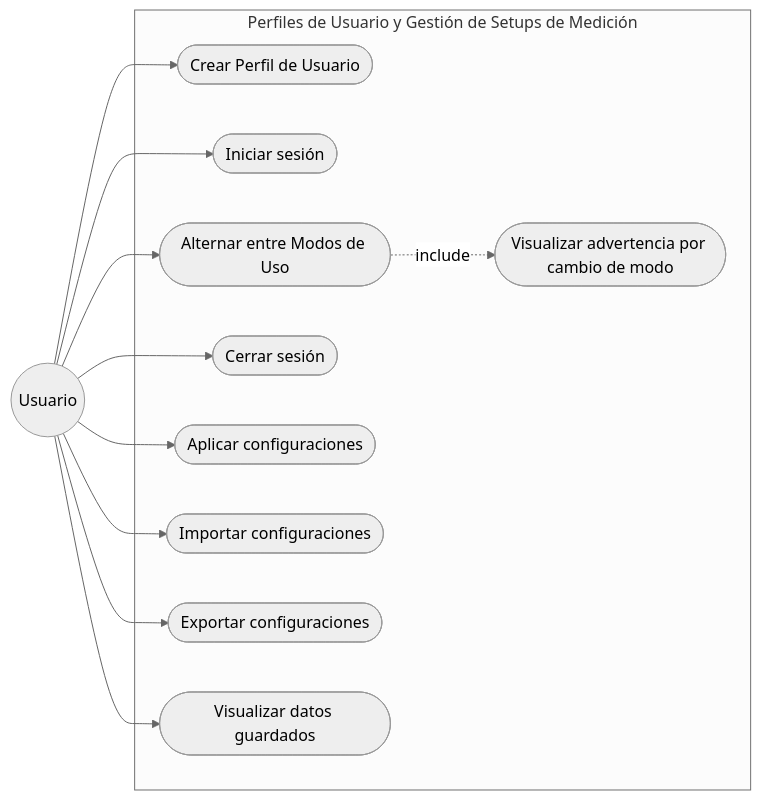
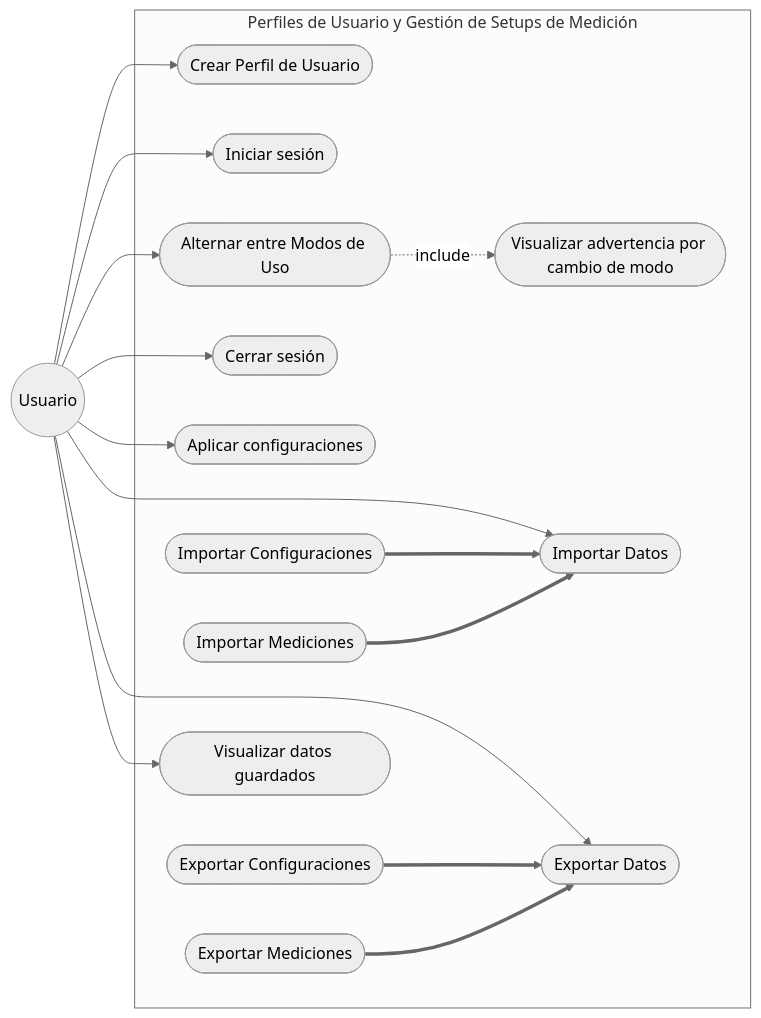
Before and after one commit to alegrelias/Repo-GMini: the tenth of 33 diagrams in Gmini-MarkDown/Guanaco Mini.md, drawn with Mermaid (neutral theme). The commit also changed other lines of this file, not shown here.

Commit message:
Se actualizan diagamas de clases, casos de uso y requerimientos en el documento principal

````diff
--- a/Gmini-MarkDown/Guanaco Mini.md
+++ b/Gmini-MarkDown/Guanaco Mini.md
@@ -689,32 +702,43 @@
 ```mermaid
 flowchart LR
 %% Actores
 Usuario((Usuario))
 
 subgraph Perfiles de Usuario y Gestión de Setups de Medición
-	CU1([Crear Perfil de Usuario])
-	CU2([Iniciar sesión])
-	CU3([Alternar entre Modos de Uso])
-	CU4([Cerrar sesión])
-	CU5([Visualizar advertencia por cambio de modo])
-	CU6([Aplicar configuraciones])
-	CU7([Importar configuraciones])
-	CU8([Exportar configuraciones])
-	CU9([Visualizar datos guardados])
+	CU19([Crear Perfil de Usuario])
+	CU20([Iniciar sesión])
+	CU21([Alternar entre Modos de Uso])
+	CU22([Cerrar sesión])
+	CU23([Visualizar advertencia por cambio de modo])
+	CU24([Aplicar configuraciones])
+	CU25([Importar Datos])
+	CU26([Exportar Datos])
+	CU27([Importar Configuraciones])
+	CU28([Exportar Configuraciones])
+	CU29([Importar Mediciones])
+	CU30([Exportar Mediciones])
+	CU31([Visualizar datos guardados])
 end
 
 %% Asociaciones
-Usuario --> CU1
-Usuario --> CU2
-Usuario --> CU3
-Usuario --> CU4
-Usuario --> CU6
-Usuario --> CU7
-Usuario --> CU8
-Usuario --> CU9
-
+Usuario --> CU19
+Usuario --> CU20
+Usuario --> CU21
+Usuario --> CU22
+Usuario --> CU24
+Usuario --> CU25
+Usuario --> CU26
+Usuario --> CU31
 
 %% Relaciones Include/Extend
 
-CU3 -.include.-> CU5
+CU21 -.include.-> CU23
+
+%% generalización
+
+CU27 ==> CU25
+CU29 ==> CU25
+
+CU28 ==> CU26
+CU30 ==> CU26
 ```
````
